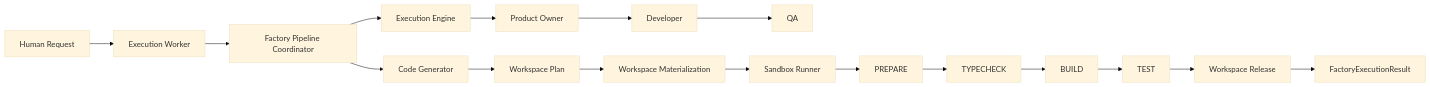
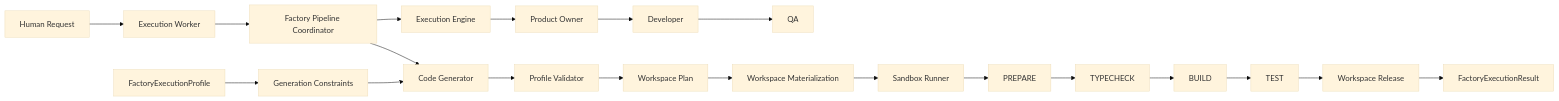
Before and after one commit to felipet66/brq-ai-factory: the first of 10 diagrams in knowledge/50-FACTORY_PIPELINE_FLOW.md, drawn with Mermaid (base theme). The commit also changed other lines of this file and 158 other files, not shown here.

Commit message:
feat(factory): align agent invariants, profile projection and codegen prompt 1.0.4

````diff
--- a/knowledge/50-FACTORY_PIPELINE_FLOW.md
+++ b/knowledge/50-FACTORY_PIPELINE_FLOW.md
@@ -9,19 +9,22 @@
 ```mermaid
 flowchart LR
     Human["Human Request"] --> Worker["Execution Worker"]
     Worker --> Coordinator["Factory Pipeline Coordinator"]
     Coordinator --> Engine["Execution Engine"]
     Engine --> PO["Product Owner"]
     PO --> Dev["Developer"]
     Dev --> QA["QA"]
     Coordinator --> Code["Code Generator"]
-    Code --> Plan["Workspace Plan"]
+    Profile["FactoryExecutionProfile"] --> Constraints["Generation Constraints"]
+    Constraints --> Code
+    Code --> Validate["Profile Validator"]
+    Validate --> Plan["Workspace Plan"]
     Plan --> Materialize["Workspace Materialization"]
     Materialize --> Sandbox["Sandbox Runner"]
     Sandbox --> Prepare["PREPARE"]
     Prepare --> Typecheck["TYPECHECK"]
     Typecheck --> Build["BUILD"]
     Build --> Test["TEST"]
     Test --> Release["Workspace Release"]
     Release --> Result["FactoryExecutionResult"]
 ```
````
